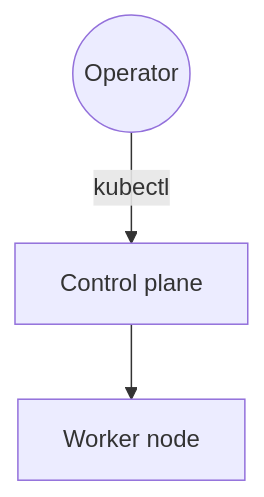
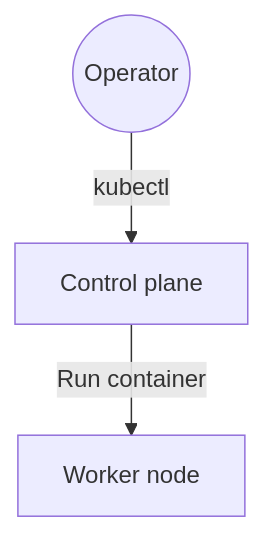
Before and after one commit to andykuszyk/andykuszyk.github.io: the fourth of 7 diagrams in 2023-11-07-securing-environment-access.md, drawn with Mermaid. The commit also changed other lines of this file, not shown here.

````diff
--- a/2023-11-07-securing-environment-access.md
+++ b/2023-11-07-securing-environment-access.md
@@ -93,9 +92,9 @@
 ```mermaid
 flowchart TD
 	operator((Operator))
 	ctrl[Control plane]
 	worker[Worker node]
 	
 	operator-->|kubectl|ctrl
-	ctrl-->worker
+	ctrl-->|Run container|worker
 ```
````
